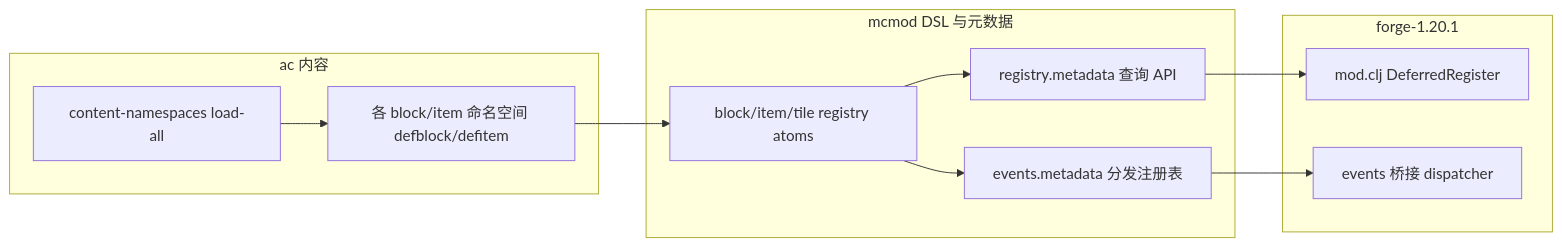
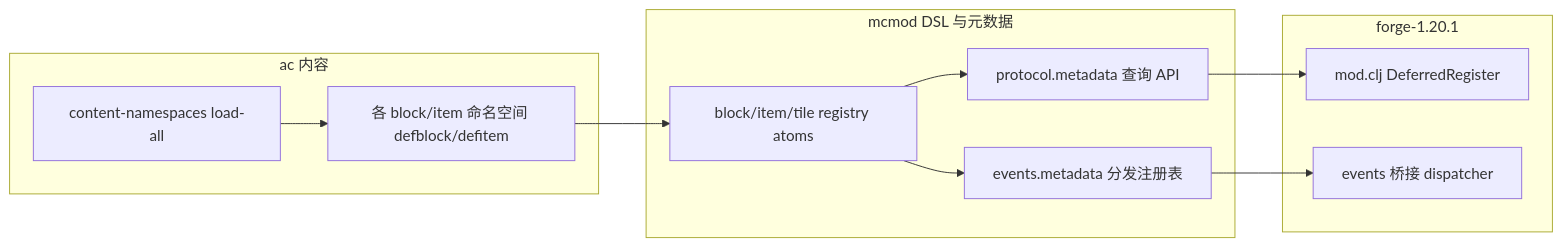
One commit to zeldacl/clojure-academy-v2 changed the diagram in minecraftmod/docs/01-overview/Project_Summary_CN.md. Above: the diagram before and after it, drawn with Mermaid. The commit also changed other lines of this file and 124 other files, not shown here.

````diff
--- a/minecraftmod/docs/01-overview/Project_Summary_CN.md
+++ b/minecraftmod/docs/01-overview/Project_Summary_CN.md
@@ -29,22 +29,22 @@
 ```mermaid
 flowchart LR
   subgraph ac [ac 内容]
     CN[content-namespaces load-all]
     BL[各 block/item 命名空间 defblock/defitem]
   end
   subgraph mcmod [mcmod DSL 与元数据]
     R[block/item/tile registry atoms]
-    RM[registry.metadata 查询 API]
+    RM[protocol.metadata 查询 API]
     EM[events.metadata 分发注册表]
   end
   subgraph forge [forge-1.20.1]
     M[mod.clj DeferredRegister]
     EV[events 桥接 dispatcher]
   end
   BL --> R
   CN --> BL
   R --> RM
   RM --> M
   R --> EM
   EM --> EV
 ```
````
